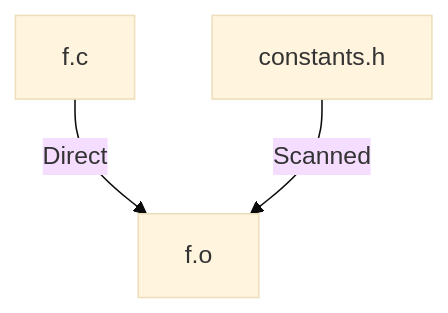
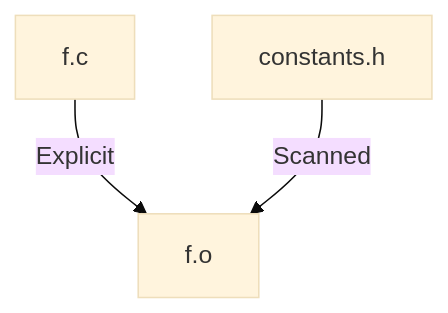
The second of 2 diagrams in doc/src/howto/addrule-scan.md (laurentcarrie/yamake), drawn with Mermaid (base theme) before and after one commit. The commit also changed 9 other files, not shown here.

````diff
--- a/doc/src/howto/addrule-scan.md
+++ b/doc/src/howto/addrule-scan.md
@@ -54,9 +54,9 @@
 ```mermaid
 
 flowchart
 
-    f.c -- Direct --> f.o
+    f.c -- Explicit --> f.o
     constants.h -- Scanned --> f.o
 
 
 ```
````
